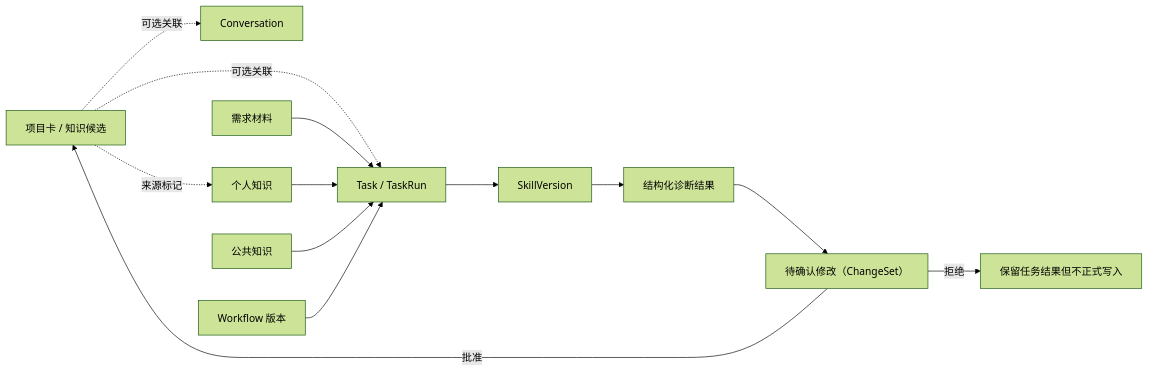
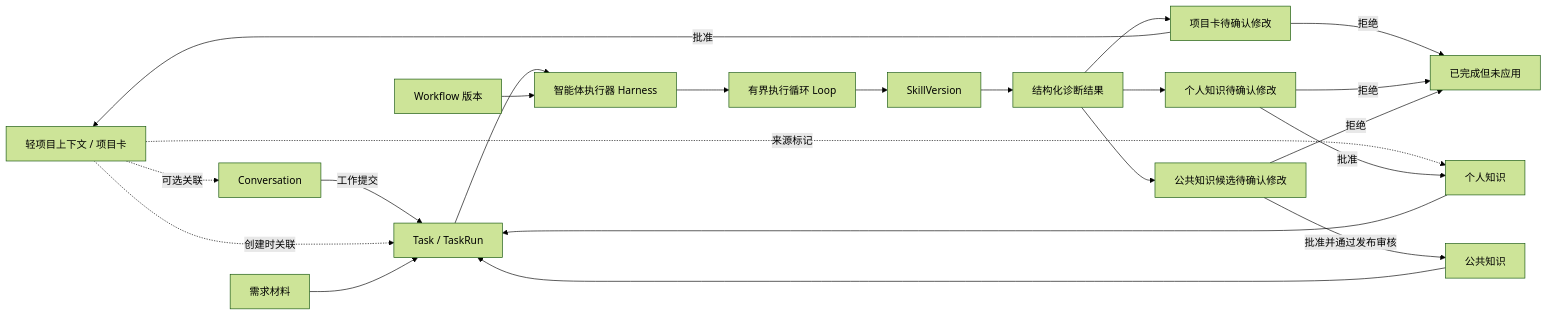
The diagram in 开工文档/02-核心数据与状态关系.md (gnedhy/honghao-ai-workbench), drawn with Mermaid (forest theme) before and after one commit. The commit also changed other lines of this file and 10 other files, not shown here.

````diff
--- a/开工文档/02-核心数据与状态关系.md
+++ b/开工文档/02-核心数据与状态关系.md
@@ -33,15 +33,24 @@
 ```mermaid
 flowchart LR
-    P["轻项目上下文"] -.可选关联.-> V["Conversation"]
-    P -.可选关联.-> B
+    P["轻项目上下文 / 项目卡"] -.可选关联.-> V["Conversation"]
+    V -->|工作提交| B["Task / TaskRun"]
+    P -.创建时关联.-> B
     P -.来源标记.-> K1
-    A["需求材料"] --> B["Task / TaskRun"]
+    A["需求材料"] --> B
     K1["个人知识"] --> B
     K2["公共知识"] --> B
-    B --> S["SkillVersion"]
-    W["Workflow 版本"] --> B
+    B --> H["智能体执行器 Harness"]
+    W["Workflow 版本"] --> H
+    H --> L["有界执行循环 Loop"]
+    L --> S["SkillVersion"]
     S --> O["结构化诊断结果"]
-    O --> C["待确认修改（ChangeSet）"]
-    C -->|批准| P["项目卡 / 知识候选"]
-    C -->|拒绝| R["保留任务结果但不正式写入"]
+    O --> C1["项目卡待确认修改"]
+    O --> C2["个人知识待确认修改"]
+    O --> C3["公共知识候选待确认修改"]
+    C1 -->|批准| P
+    C2 -->|批准| K1
+    C3 -->|批准并通过发布审核| K2
+    C1 -->|拒绝| R["已完成但未应用"]
+    C2 -->|拒绝| R
+    C3 -->|拒绝| R
 ```
````
